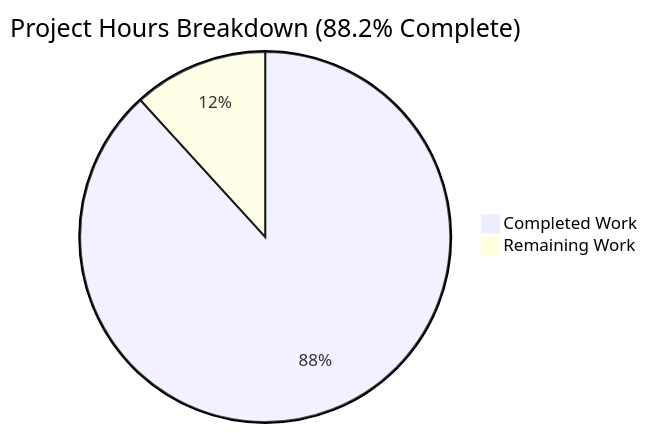
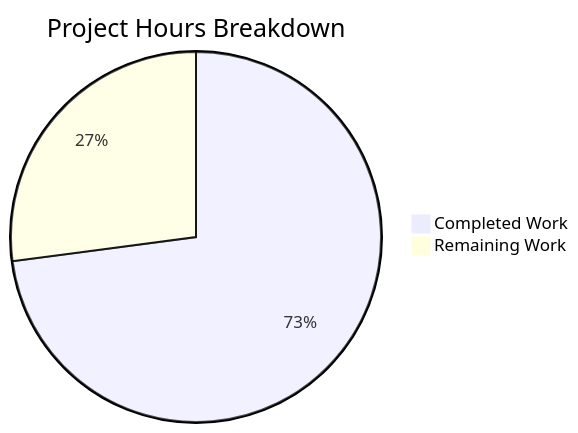
The diagram in blitzy/documentation/Project Guide.md (sudhanshu-spec/test-spec), drawn with Mermaid before and after one commit. The commit also changed other lines of this file, not shown here.

Commit message:
Adding Blitzy Project Guide: Project Status and Human Tasks Remaining

````diff
--- a/blitzy/documentation/Project Guide.md
+++ b/blitzy/documentation/Project Guide.md
@@ -85,5 +28,5 @@
 ```mermaid
-pie title Project Hours Breakdown (88.2% Complete)
-    "Completed Work" : 75
-    "Remaining Work" : 10
+pie title Project Hours Breakdown
+    "Completed Work" : 35
+    "Remaining Work" : 13
 ```
````
